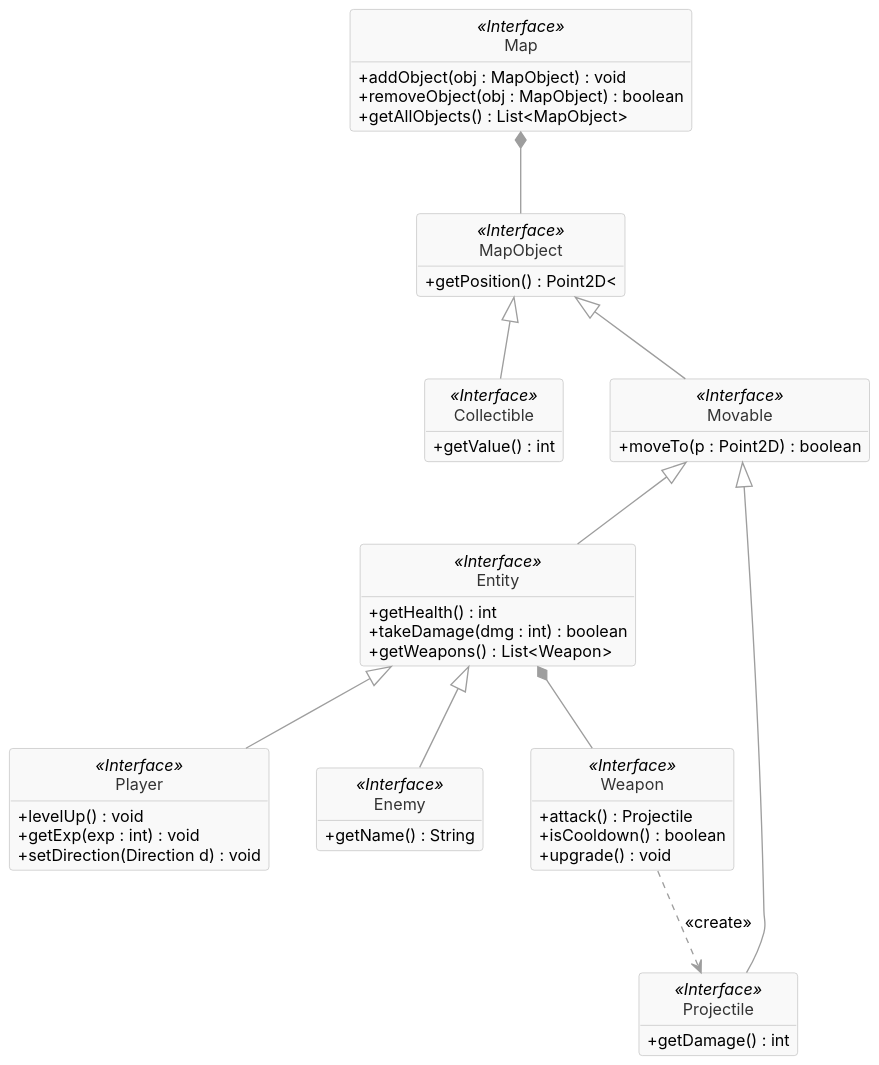
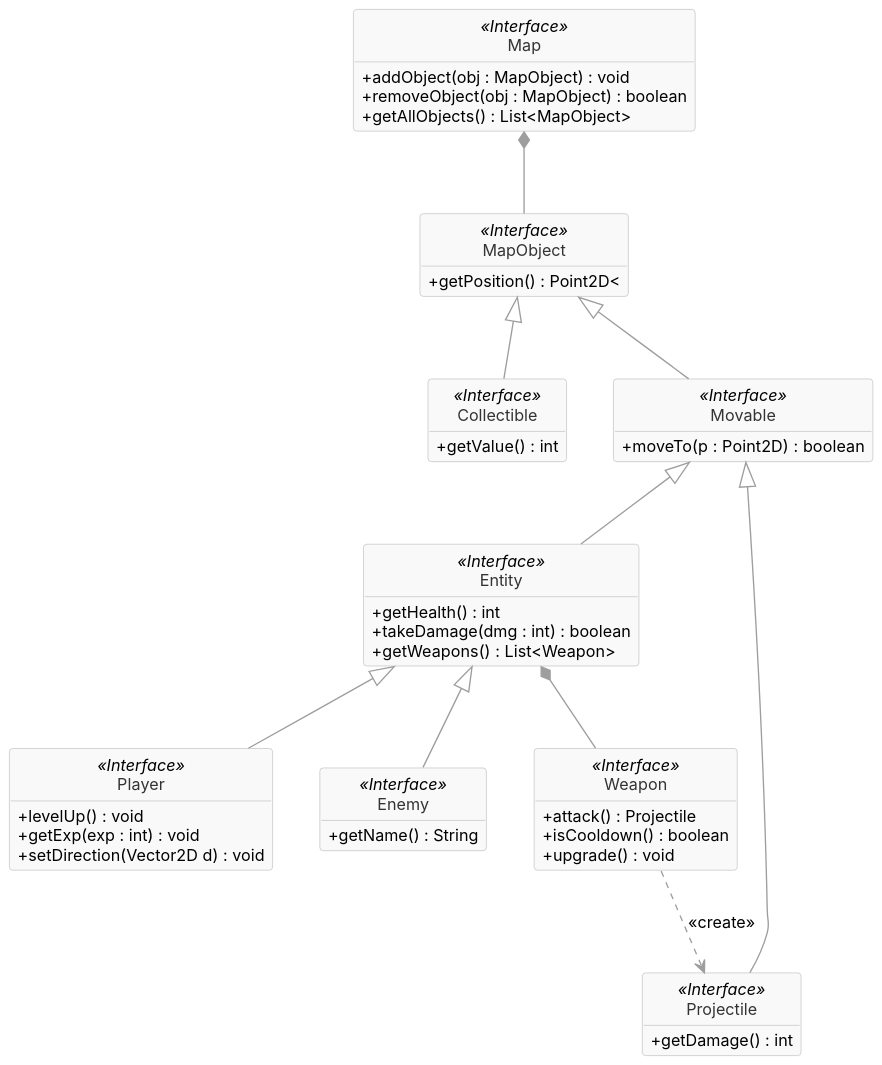
One commit to GiocoMatto/wild-enc-actions-test changed the diagram in report/uml/domain.puml. Above: the diagram before and after it, drawn with PlantUML. The commit also changed 4 other files, not shown here.

Commit message:
fix(chapter 2.1): little uml fix + clarified that the view is easly replaceble

```diff
--- a/report/uml/domain.puml
+++ b/report/uml/domain.puml
@@ -1,95 +1,95 @@
 @startuml Domain
 
 ' =========================
 '  Style
 ' =========================
 
 skinparam shadowing false
 skinparam roundcorner 5
 skinparam dpi 150
 
 skinparam DefaultFontName "Inter"
 skinparam DefaultFontSize 12
 skinparam classAttributeIconSize 0
 
 skinparam class {
   BackgroundColor #F9F9F9
   BorderColor #BFBFBF
   FontColor #333333
 }
 
 skinparam Arrow {
   Color #9E9E9E
   Thickness 1
 }
 
 hide circle
 hide empty members
 
 ' =========================
 '  Classes
 ' =========================
 
 class Map <<Interface>> {
   +addObject(obj : MapObject) : void
   +removeObject(obj : MapObject) : boolean
   +getAllObjects() : List<MapObject>
 }
 
 class MapObject <<Interface>> {
   +getPosition() : Point2D<
 }
 
 class Collectible <<Interface>> {
   +getValue() : int
 }
 
 class Movable <<Interface>> {
   +moveTo(p : Point2D) : boolean
 }
 
 class Entity <<Interface>> {
   +getHealth() : int
   +takeDamage(dmg : int) : boolean
   +getWeapons() : List<Weapon>
 }
 
 class Player <<Interface>> {
   +levelUp() : void
   +getExp(exp : int) : void
-  +setDirection(Direction d) : void
+  +setDirection(Vector2D d) : void
 }
 
 class Enemy <<Interface>> {
   +getName() : String
 }
 
 class Weapon <<Interface>> {
   +attack() : Projectile
   +isCooldown() : boolean
   +upgrade() : void
 }
 
 class Projectile <<Interface>> {
   +getDamage() : int
 }
 
 ' =========================
 '  Relations
 ' =========================
 
 MapObject <|-- Collectible
 MapObject <|-- Movable
 
 Movable <|-- Entity
 Movable <|-- Projectile
 
 Entity <|-- Enemy
 Entity <|-- Player
 
 Entity *-- Weapon
 Map *-- MapObject
 
 Weapon ..> Projectile : <<create>>
 
 @enduml
```
